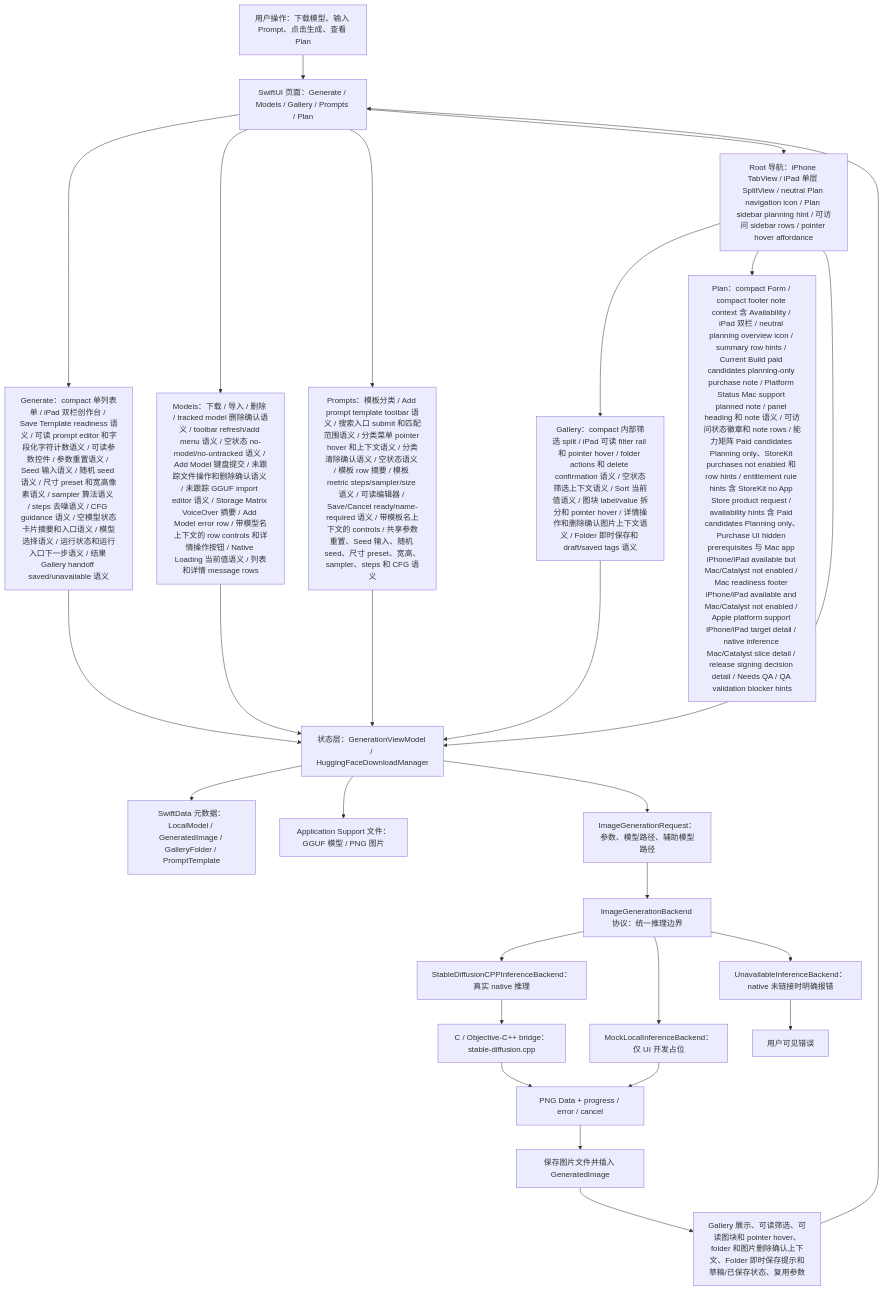
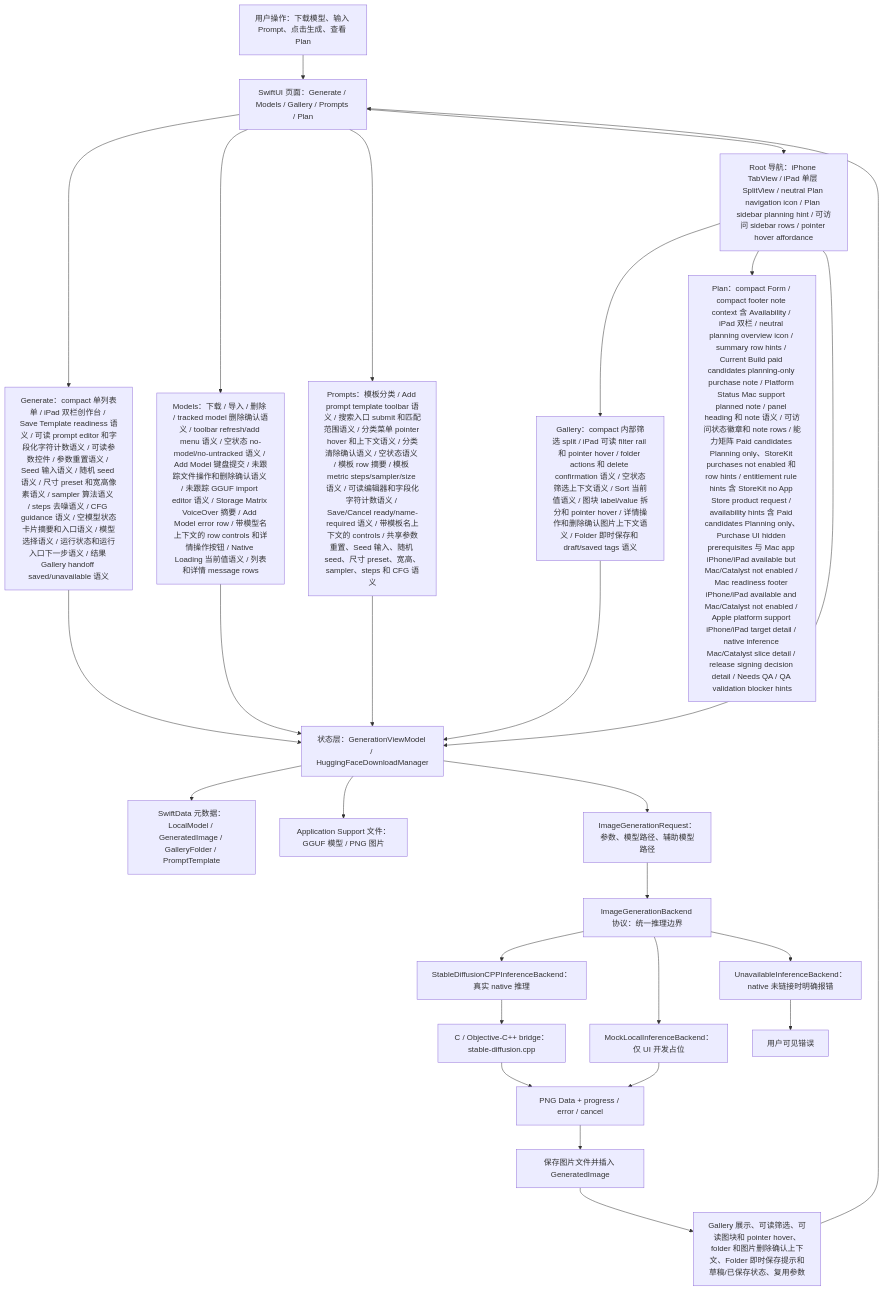
Before and after one commit to Altman-sam114/118: the first of 7 diagrams in md/flow/flowchart.md, drawn with Mermaid. The commit also changed 5 other files, not shown here.

````diff
--- a/md/flow/flowchart.md
+++ b/md/flow/flowchart.md
@@ -9,29 +9,29 @@
 ```mermaid
 flowchart TD
   U["用户操作：下载模型、输入 Prompt、点击生成、查看 Plan"] --> UI["SwiftUI 页面：Generate / Models / Gallery / Prompts / Plan"]
   UI --> GENUI["Generate：compact 单列表单 / iPad 双栏创作台 / Save Template readiness 语义 / 可读 prompt editor 和字段化字符计数语义 / 可读参数控件 / 参数重置语义 / Seed 输入语义 / 随机 seed 语义 / 尺寸 preset 和宽高像素语义 / sampler 算法语义 / steps 去噪语义 / CFG guidance 语义 / 空模型状态卡片摘要和入口语义 / 模型选择语义 / 运行状态和运行入口下一步语义 / 结果 Gallery handoff saved/unavailable 语义"]
   UI --> MODELUI["Models：下载 / 导入 / 删除 / tracked model 删除确认语义 / toolbar refresh/add menu 语义 / 空状态 no-model/no-untracked 语义 / Add Model 键盘提交 / 未跟踪文件操作和删除确认语义 / 未跟踪 GGUF import editor 语义 / Storage Matrix VoiceOver 摘要 / Add Model error row / 带模型名上下文的 row controls 和详情操作按钮 / Native Loading 当前值语义 / 列表和详情 message rows"]
-  UI --> PROMPTUI["Prompts：模板分类 / Add prompt template toolbar 语义 / 搜索入口 submit 和匹配范围语义 / 分类菜单 pointer hover 和上下文语义 / 分类清除确认语义 / 空状态语义 / 模板 row 摘要 / 模板 metric steps/sampler/size 语义 / 可读编辑器 / Save/Cancel ready/name-required 语义 / 带模板名上下文的 controls / 共享参数重置、Seed 输入、随机 seed、尺寸 preset、宽高、sampler、steps 和 CFG 语义"]
+  UI --> PROMPTUI["Prompts：模板分类 / Add prompt template toolbar 语义 / 搜索入口 submit 和匹配范围语义 / 分类菜单 pointer hover 和上下文语义 / 分类清除确认语义 / 空状态语义 / 模板 row 摘要 / 模板 metric steps/sampler/size 语义 / 可读编辑器和字段化字符计数语义 / Save/Cancel ready/name-required 语义 / 带模板名上下文的 controls / 共享参数重置、Seed 输入、随机 seed、尺寸 preset、宽高、sampler、steps 和 CFG 语义"]
   UI --> NAV["Root 导航：iPhone TabView / iPad 单层 SplitView / neutral Plan navigation icon / Plan sidebar planning hint / 可访问 sidebar rows / pointer hover affordance"]
   NAV --> GALUI["Gallery：compact 内部筛选 split / iPad 可读 filter rail 和 pointer hover / folder actions 和 delete confirmation 语义 / 空状态筛选上下文语义 / Sort 当前值语义 / 图块 label/value 拆分和 pointer hover / 详情操作和删除确认图片上下文语义 / Folder 即时保存和 draft/saved tags 语义"]
   NAV --> PLANUI["Plan：compact Form / compact footer note context 含 Availability / iPad 双栏 / neutral planning overview icon / summary row hints / Current Build paid candidates planning-only purchase note / Platform Status Mac support planned note / panel heading 和 note 语义 / 可访问状态徽章和 note rows / 能力矩阵 Paid candidates Planning only、StoreKit purchases not enabled 和 row hints / entitlement rule hints 含 StoreKit no App Store product request / availability hints 含 Paid candidates Planning only、Purchase UI hidden prerequisites 与 Mac app iPhone/iPad available but Mac/Catalyst not enabled / Mac readiness footer iPhone/iPad available and Mac/Catalyst not enabled / Apple platform support iPhone/iPad target detail / native inference Mac/Catalyst slice detail / release signing decision detail / Needs QA / QA validation blocker hints"]
   NAV --> VM["状态层：GenerationViewModel / HuggingFaceDownloadManager"]
   GENUI --> VM
   MODELUI --> VM
   PROMPTUI --> VM
   GALUI --> VM
   VM --> SD["SwiftData 元数据：LocalModel / GeneratedImage / GalleryFolder / PromptTemplate"]
   VM --> FS["Application Support 文件：GGUF 模型 / PNG 图片"]
   VM --> REQ["ImageGenerationRequest：参数、模型路径、辅助模型路径"]
   REQ --> IFACE["ImageGenerationBackend 协议：统一推理边界"]
   IFACE --> NATIVE["StableDiffusionCPPInferenceBackend：真实 native 推理"]
   IFACE --> MOCK["MockLocalInferenceBackend：仅 UI 开发占位"]
   IFACE --> OFF["UnavailableInferenceBackend：native 未链接时明确报错"]
   NATIVE --> BRIDGE["C / Objective-C++ bridge：stable-diffusion.cpp"]
   BRIDGE --> PNG["PNG Data + progress / error / cancel"]
   MOCK --> PNG
   OFF --> ERR["用户可见错误"]
   PNG --> SAVE["保存图片文件并插入 GeneratedImage"]
   SAVE --> GALLERY["Gallery 展示、可读筛选、可读图块和 pointer hover、folder 和图片删除确认上下文、Folder 即时保存提示和草稿/已保存状态、复用参数"]
   GALLERY --> UI
 ```
````
